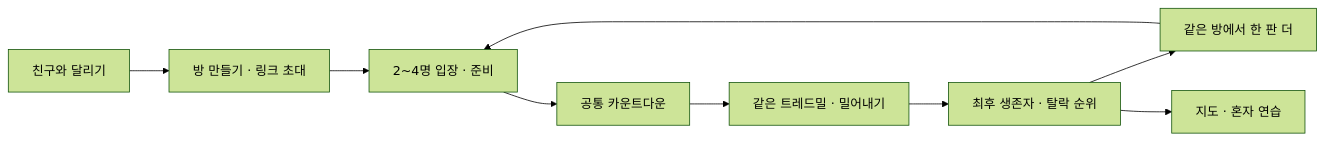
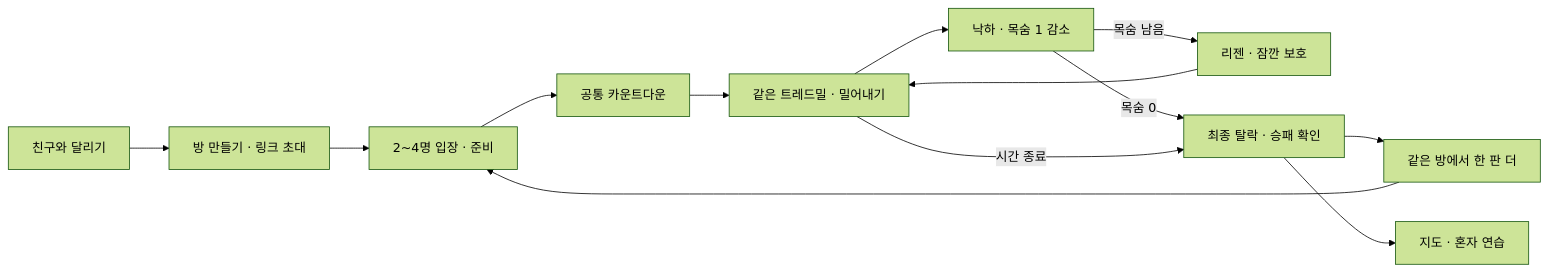
One commit to hojune0330/TRAINORACLE changed the diagram in docs/handoff/minigame/FRIEND_RACE_PLAN.md. Above: the diagram before and after it, drawn with Mermaid (forest theme). The commit also changed other lines of this file and 3 other files, not shown here.

````diff
--- a/docs/handoff/minigame/FRIEND_RACE_PLAN.md
+++ b/docs/handoff/minigame/FRIEND_RACE_PLAN.md
@@ -31,11 +33,15 @@
 ```mermaid
 flowchart LR
   A[친구와 달리기] --> B[방 만들기 · 링크 초대]
   B --> C[2~4명 입장 · 준비]
   C --> D[공통 카운트다운]
   D --> E[같은 트레드밀 · 밀어내기]
-  E --> F[최후 생존자 · 탈락 순위]
+  E --> R[낙하 · 목숨 1 감소]
+  R -->|목숨 남음| S[리젠 · 잠깐 보호]
+  S --> E
+  R -->|목숨 0| F[최종 탈락 · 승패 확인]
+  E -->|시간 종료| F
   F --> G[같은 방에서 한 판 더]
   G --> C
   F --> H[지도 · 혼자 연습]
 ```
````
